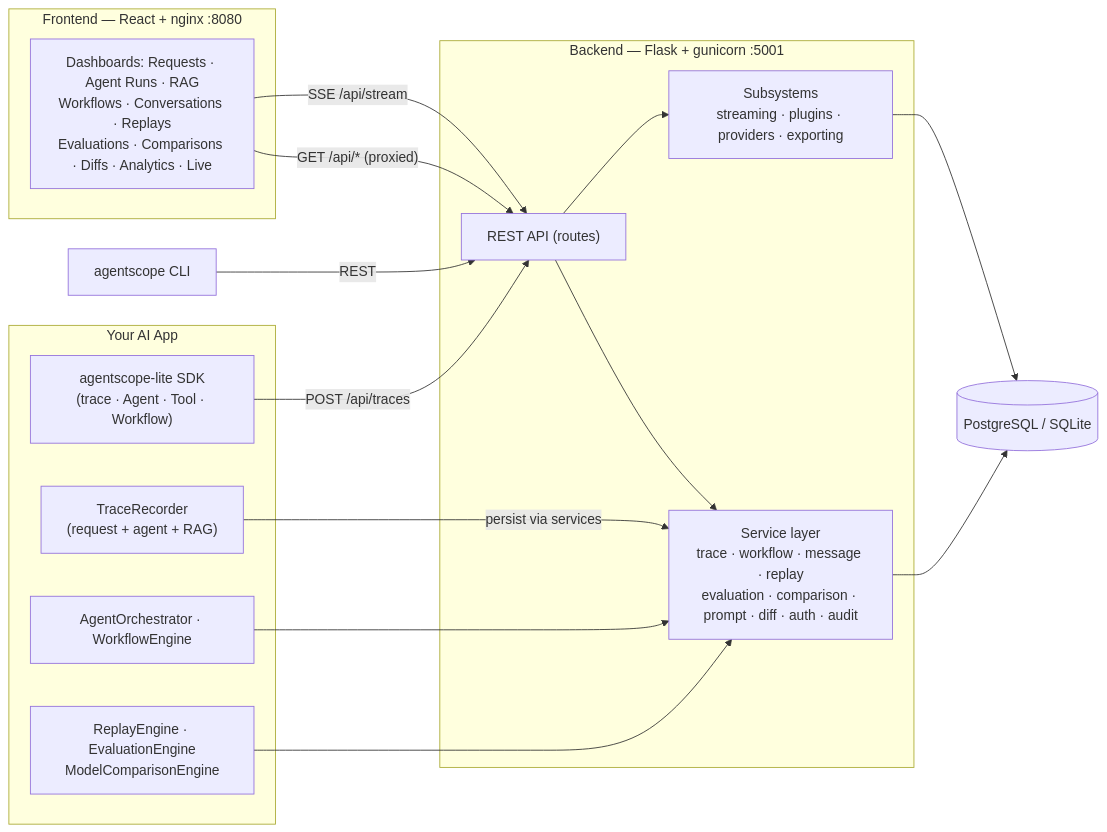
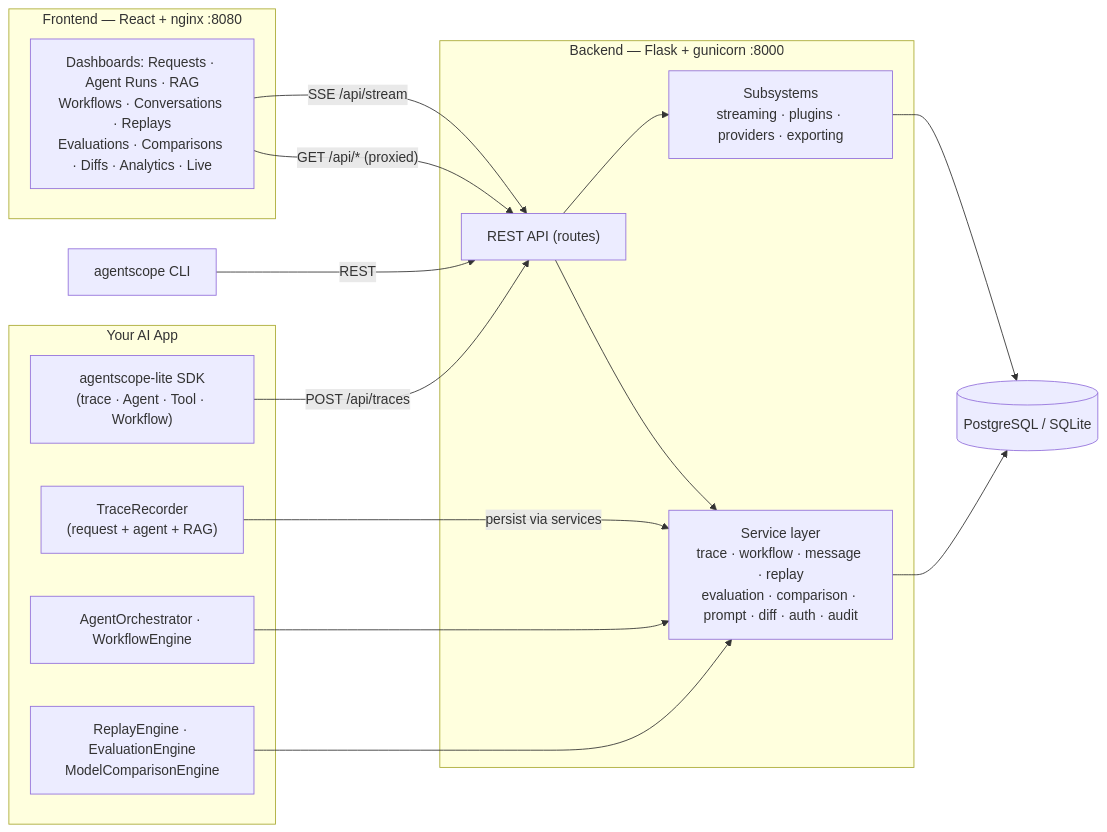
Before and after one commit to AarohiSharma5/AgentScope: the first of 6 diagrams in docs/reference/architecture.md, drawn with Mermaid. The commit also changed 29 other files, not shown here.

````diff
--- a/docs/reference/architecture.md
+++ b/docs/reference/architecture.md
@@ -10,35 +10,35 @@
 ```mermaid
 flowchart LR
     subgraph App["Your AI App"]
         SDKC["agentscope-lite SDK<br/>(trace · Agent · Tool · Workflow)"]
         TR["TraceRecorder<br/>(request + agent + RAG)"]
         ORC["AgentOrchestrator · WorkflowEngine"]
         ENG["ReplayEngine · EvaluationEngine<br/>ModelComparisonEngine"]
     end
 
     subgraph FE["Frontend — React + nginx :8080"]
         UI["Dashboards: Requests · Agent Runs · RAG<br/>Workflows · Conversations · Replays<br/>Evaluations · Comparisons · Diffs · Analytics · Live"]
     end
 
     CLI["agentscope CLI"]
 
-    subgraph BE["Backend — Flask + gunicorn :5001"]
+    subgraph BE["Backend — Flask + gunicorn :8000"]
         API["REST API (routes)"]
         SVC["Service layer<br/>trace · workflow · message · replay<br/>evaluation · comparison · prompt · diff · auth · audit"]
         SUB["Subsystems<br/>streaming · plugins · providers · exporting"]
     end
 
     DB[("PostgreSQL / SQLite")]
 
     SDKC -->|"POST /api/traces"| API
     TR -->|"persist via services"| SVC
     ORC --> SVC
     ENG --> SVC
     UI -->|"GET /api/* (proxied)"| API
     CLI -->|"REST"| API
     UI -->|"SSE /api/stream"| API
     API --> SVC
     API --> SUB
     SVC --> DB
     SUB --> DB
 ```
````
